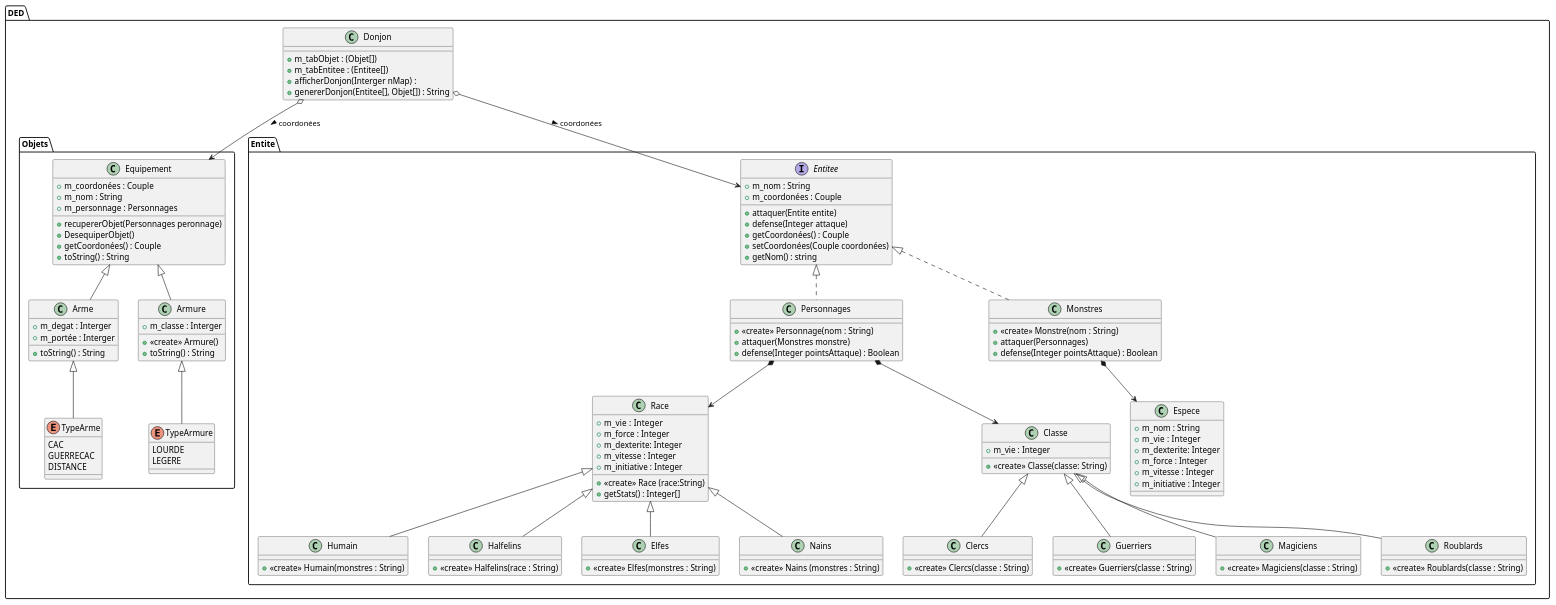
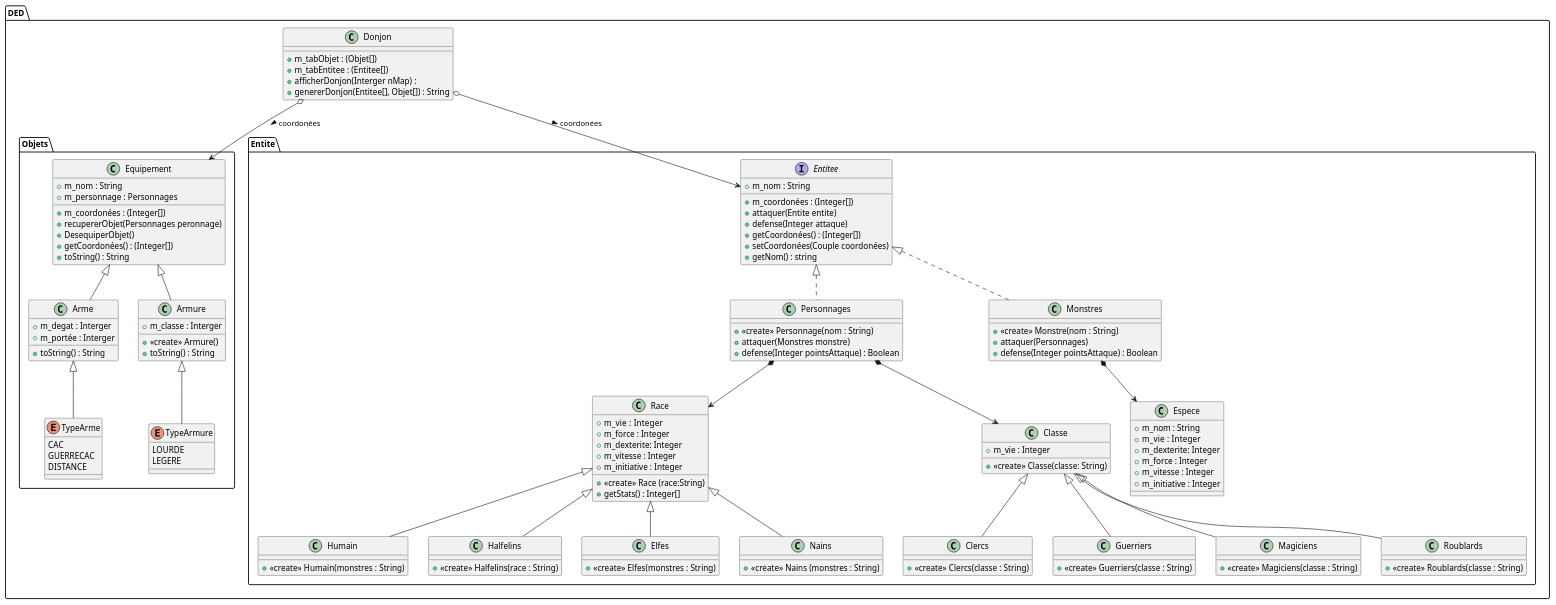
Before and after one commit to prise12/Donjons-et-Dragons: the diagram in uml/umlDeD.puml, drawn with PlantUML. The commit also changed 1 other file, not shown here.

```diff
--- a/uml/umlDeD.puml
+++ b/uml/umlDeD.puml
@@ -1,178 +1,178 @@
 @startuml
 'https://plantuml.com/class-diagram
 scale 1
 
 package DED{
 
     package Objets {
 
 
 
         class Equipement {
-            + m_coordonées : Couple
+            + m_coordonées : (Integer[])
             + m_nom : String
             + m_personnage : Personnages
             + recupererObjet(Personnages peronnage)
             + DesequiperObjet()
-            + getCoordonées() : Couple
+            + getCoordonées() : (Integer[])
             + toString() : String
 
         }
 
         class Arme extends Equipement
         {
 
                 + m_degat : Interger
                 + m_portée : Interger
                 + toString() : String
         }
 
         enum TypeArme extends Arme
         {
             CAC
             GUERRECAC
             DISTANCE
         }
 
         class Armure extends Equipement
         {
                 + <<create>> Armure()
                 + m_classe : Interger
                 + toString() : String
         }
 
         enum TypeArmure    extends Armure
         {
             LOURDE
             LEGERE
         }
 
     }
 
     package Entite {
             interface Entitee
             {
                 + m_nom : String
-                + m_coordonées : Couple
+                + m_coordonées : (Integer[])
                 + attaquer(Entite entite)
                 + defense(Integer attaque)
-                + getCoordonées() : Couple
+                + getCoordonées() : (Integer[])
                 + setCoordonées(Couple coordonées)
                 + getNom() : string
             }
 
             class Personnages implements Entitee
             {
                 +<<create>> Personnage(nom : String)
                 +attaquer(Monstres monstre)
                 +defense(Integer pointsAttaque) : Boolean
             }
 
             class Race
             {
                 + <<create>> Race (race:String)
                 + m_vie  : Integer
                 + m_force : Integer
                 + m_dexterite: Integer
                 + m_vitesse : Integer
                 + m_initiative : Integer
                 + getStats() : Integer[]
 
             }
 
             class Humain extends Race
             {
                 +<<create>> Humain(monstres : String)
 
             }
 
             class Halfelins extends Race
             {
                 +<<create>> Halfelins(race : String)
 
             }
 
             class Elfes extends Race
             {
                 +<<create>> Elfes(monstres : String)
 
             }
 
             class Nains extends Race
             {
                 +<<create>> Nains (monstres : String)
 
             }
 
             class Classe
             {
                 +<<create>> Classe(classe: String)
                 +m_vie : Integer
             }
 
             class Clercs extends Classe
             {
                 +<<create>> Clercs(classe : String)
 
 
             }
 
             class Guerriers extends Classe
             {
                 +<<create>> Guerriers(classe : String)
 
             }
 
             class Magiciens extends Classe
             {
                 +<<create>> Magiciens(classe : String)
             }
 
             class Roublards extends Classe
             {
                 +<<create>> Roublards(classe : String)
             }
 
             class Monstres implements Entitee
             {
 
                 +<<create>> Monstre(nom : String)
                 +attaquer(Personnages)
                 +defense(Integer pointsAttaque) : Boolean
             }
 
             class Espece
             {
                 +m_nom : String
                 +m_vie  : Integer
                 +m_dexterite: Integer
                 +m_force : Integer
                 +m_vitesse : Integer
                 +m_initiative : Integer
             }
 
     }
 
 
     class Donjon
     {
 
         + m_tabObjet : (Objet[])
         + m_tabEntitee : (Entitee[])
         + afficherDonjon(Interger nMap) :
         + genererDonjon(Entitee[], Objet[]) : String
     }
 
 }
 
 
 Donjon o--> Equipement : > coordonées
 Donjon o--> Entitee: > coordonées
 Personnages *--> Race
 Personnages *--> Classe
 Monstres *--> Espece
 
 
 
 
 @enduml
```
